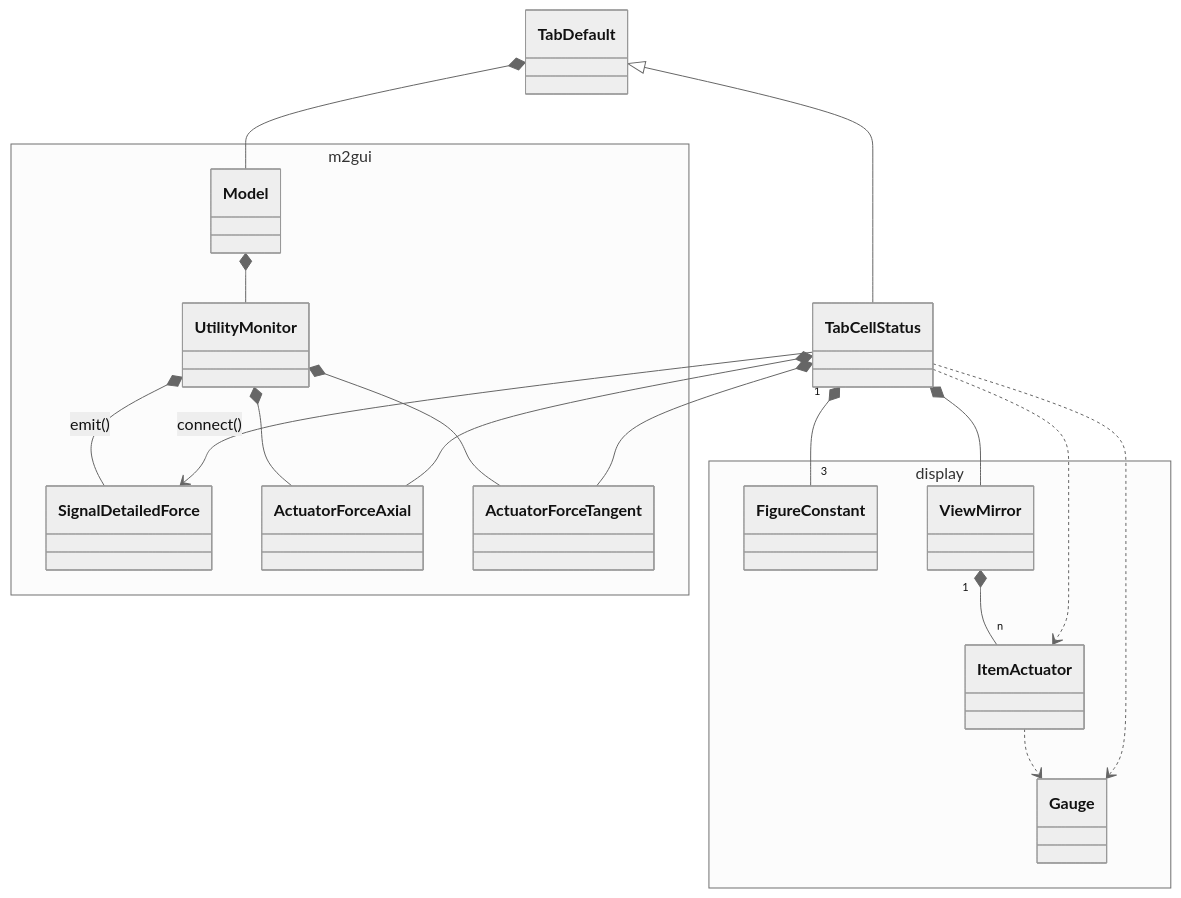
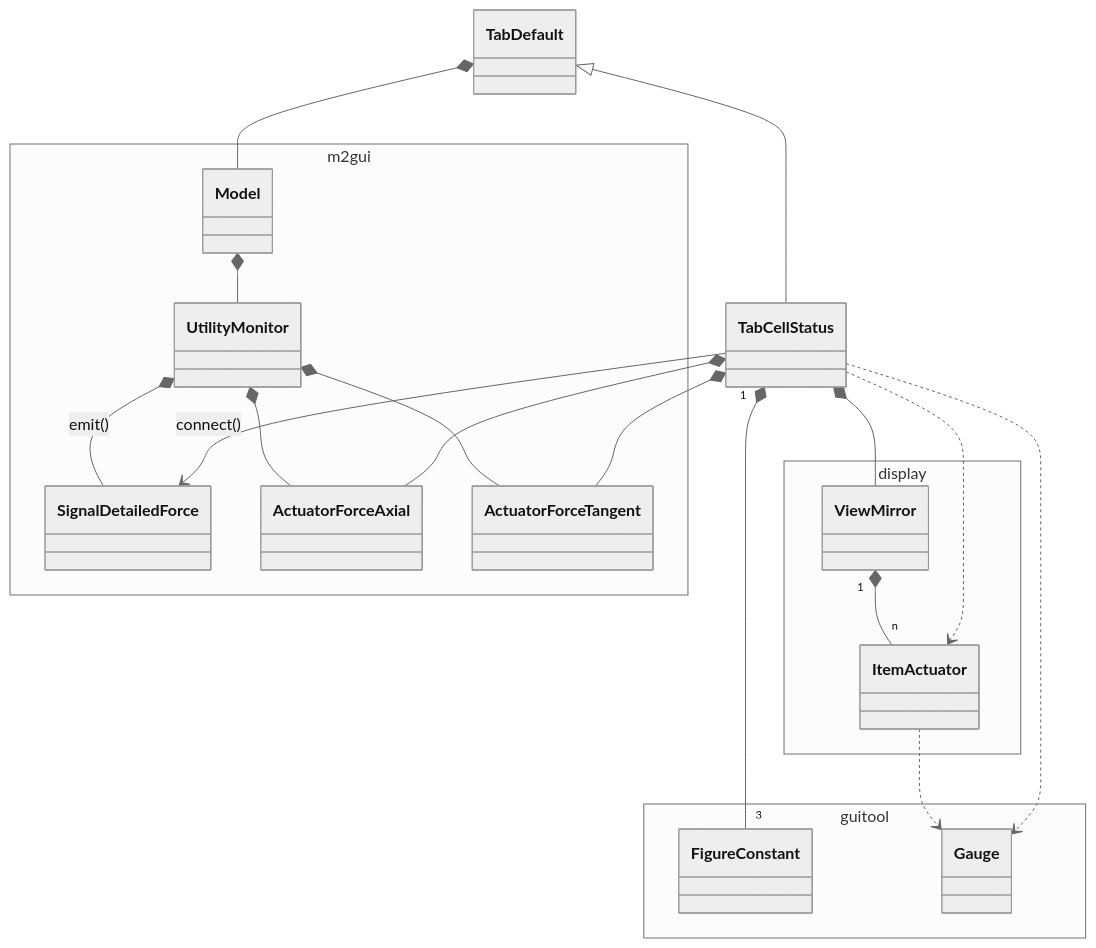
Before and after one commit to lsst-ts/ts_m2gui: the diagram in doc/uml/controltab/class_tab_cell_status.mmd, drawn with Mermaid (neutral theme). The commit also changed 20 other files, not shown here.

```diff
--- a/doc/uml/controltab/class_tab_cell_status.mmd
+++ b/doc/uml/controltab/class_tab_cell_status.mmd
@@ -1,35 +1,38 @@
 classDiagram
 namespace m2gui {
   class Model
   class UtilityMonitor
   class SignalDetailedForce
   class ActuatorForceAxial
   class ActuatorForceTangent
 }
 
 Model *-- UtilityMonitor
 UtilityMonitor *-- SignalDetailedForce : emit()
 UtilityMonitor *-- ActuatorForceAxial
 UtilityMonitor *-- ActuatorForceTangent
 
+namespace guitool {
+  class FigureConstant
+  class Gauge
+}
+
 namespace display {
-  class FigureConstant
   class ViewMirror
   class ItemActuator
-  class Gauge
 }
 
 ViewMirror "1" *-- "n" ItemActuator
 ItemActuator ..> Gauge
 
 TabDefault *-- Model
 TabDefault <|-- TabCellStatus
 
 TabCellStatus *-- ViewMirror
 TabCellStatus "1" *-- "3" FigureConstant
 TabCellStatus ..> Gauge
 TabCellStatus ..> ItemActuator
 
 TabCellStatus --> SignalDetailedForce : connect()
 TabCellStatus *-- ActuatorForceAxial
 TabCellStatus *-- ActuatorForceTangent
```
